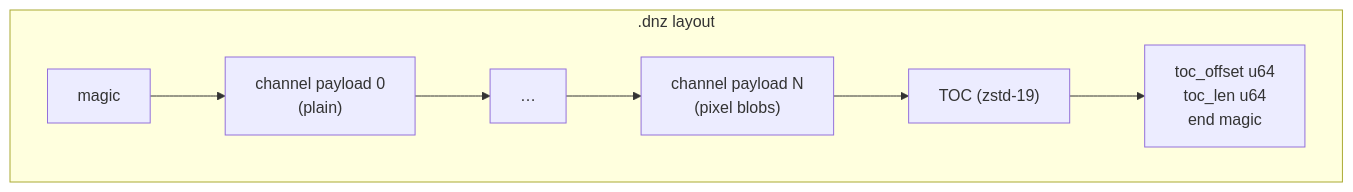
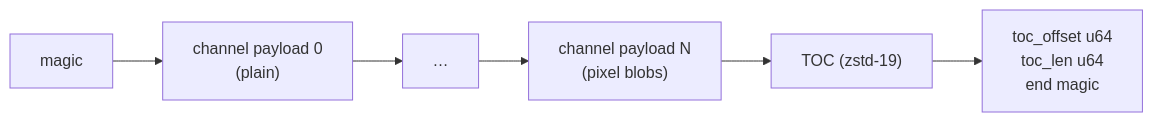
The fifth of 5 diagrams in WHITEPAPER.md (dannyblaker/densezip), drawn with Mermaid before and after one commit.

Commit message:
Whitepaper: restructure archive-layout diagram for GitHub's mermaid
The chained multi-node edge inside a subgraph consistently failed to
render on github.com (though mermaid-cli accepts it). Flatten to one
edge per line without the subgraph.

````diff
--- a/WHITEPAPER.md
+++ b/WHITEPAPER.md
@@ -476,7 +476,8 @@
 ```mermaid
 flowchart LR
-    subgraph dnz [".dnz layout"]
-        direction LR
-        MAGIC["magic"] --> P0["channel payload 0<br/>(plain)"] --> P1["…"] --> PN["channel payload N<br/>(pixel blobs)"] --> TOC["TOC (zstd-19)"] --> FOOT["toc_offset u64<br/>toc_len u64<br/>end magic"]
-    end
+    MAGIC["magic"] --> P0["channel payload 0<br/>(plain)"]
+    P0 --> P1["…"]
+    P1 --> PN["channel payload N<br/>(pixel blobs)"]
+    PN --> TOC["TOC (zstd-19)"]
+    TOC --> FOOT["toc_offset u64<br/>toc_len u64<br/>end magic"]
 ```
````
